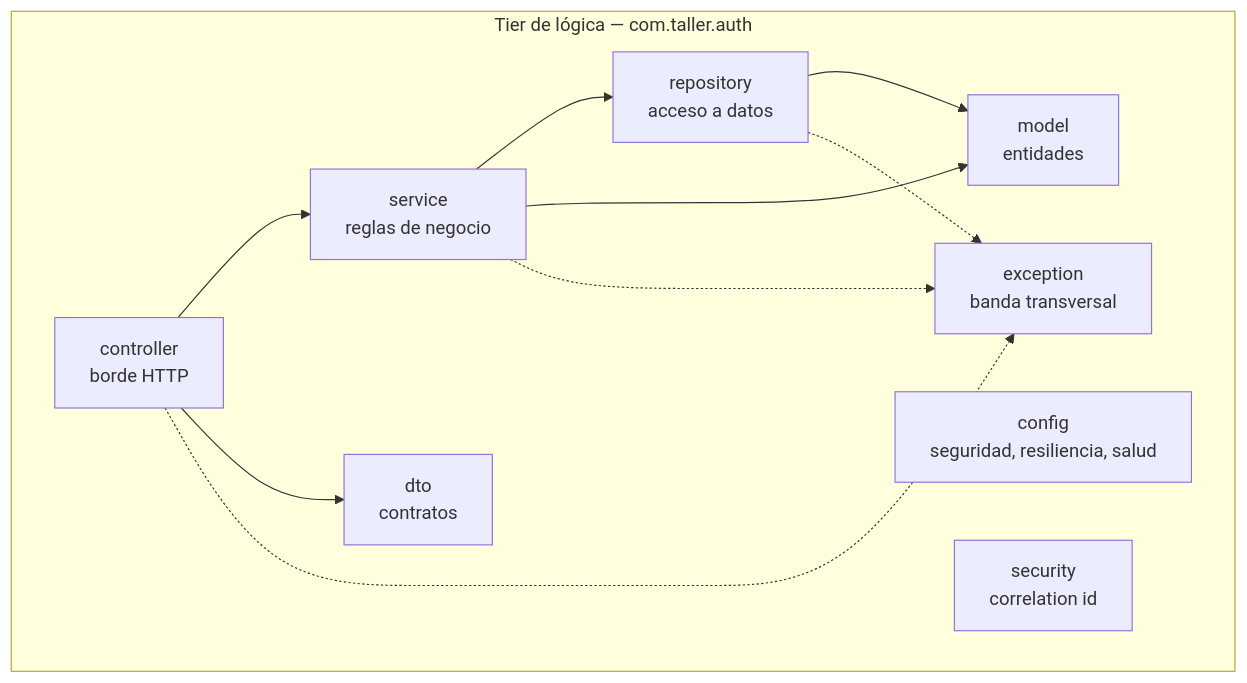
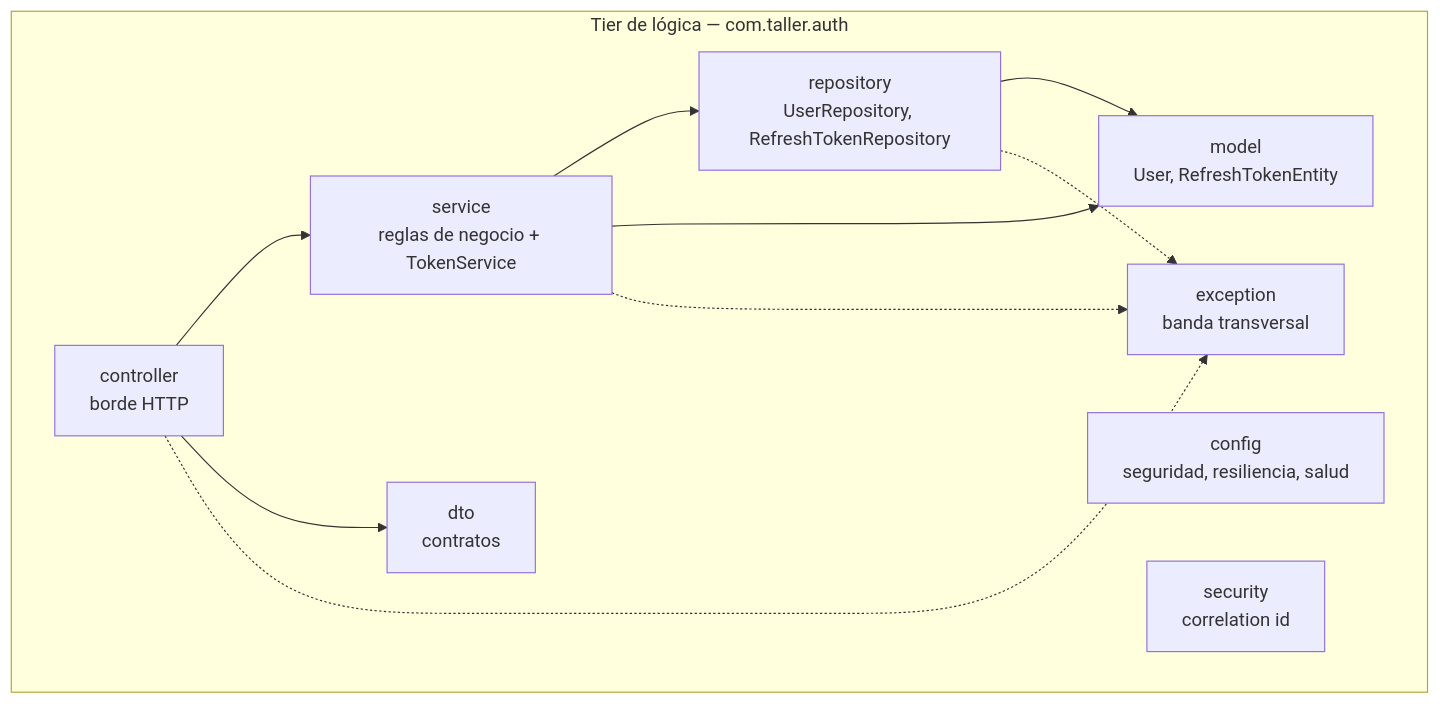
One commit to andreMD287/Taller1-ArquiSW changed the second of 8 diagrams in backend/docs/documentacion-arquitectura.md. Above: the diagram before and after it, drawn with Mermaid. The commit also changed other lines of this file and 2 other files, not shown here.

````diff
--- a/backend/docs/documentacion-arquitectura.md
+++ b/backend/docs/documentacion-arquitectura.md
@@ -255,21 +315,21 @@
 ```mermaid
 graph TD
     subgraph tier2["Tier de lógica — com.taller.auth"]
         C[controller<br/>borde HTTP]
-        S[service<br/>reglas de negocio]
-        R[repository<br/>acceso a datos]
-        M[model<br/>entidades]
+        S[service<br/>reglas de negocio + TokenService]
+        R[repository<br/>UserRepository, RefreshTokenRepository]
+        M[model<br/>User, RefreshTokenEntity]
         D[dto<br/>contratos]
         E[exception<br/>banda transversal]
         CF[config<br/>seguridad, resiliencia, salud]
         SE[security<br/>correlation id]
     end
     C --> S
     C --> D
     S --> R
     S --> M
     R --> M
     C -.-> E
     S -.-> E
     R -.-> E
 ```
````
